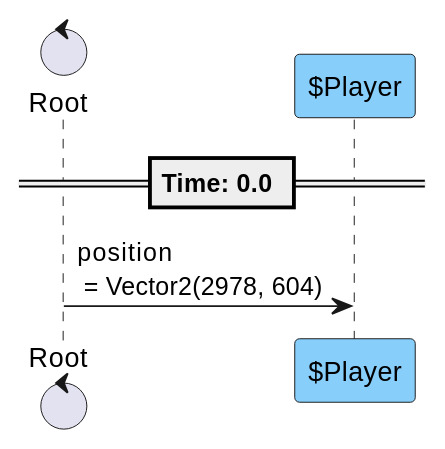
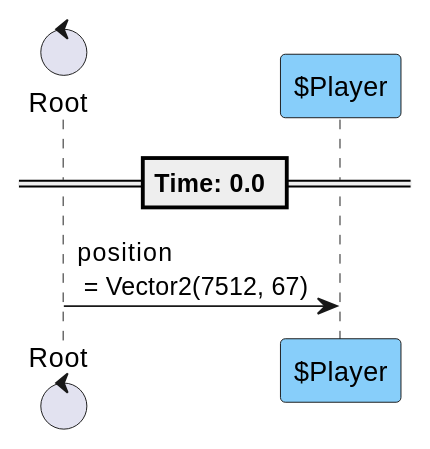
The second of 8 diagrams in content/scenes/src/chapters/0/stages/0/stage_0.tscn.adoc (tkmfujise/Platformer-Game-Learning), drawn with PlantUML before and after one commit. The commit also changed other lines of this file and 236 other files, not shown here.

```diff
--- a/content/scenes/src/chapters/0/stages/0/stage_0.tscn.adoc
+++ b/content/scenes/src/chapters/0/stages/0/stage_0.tscn.adoc
@@ -324,12 +349,12 @@
 [plantuml]
 ....
 control "Root" as R
 participant "$Player" as T0 #87CEFA
 
 
 
 == Time: 0.0 ==
-R  ->  T0 : position\n = Vector2(2978, 604)
+R  ->  T0 : position\n = Vector2(7512, 67)
 
 
 ....
```
